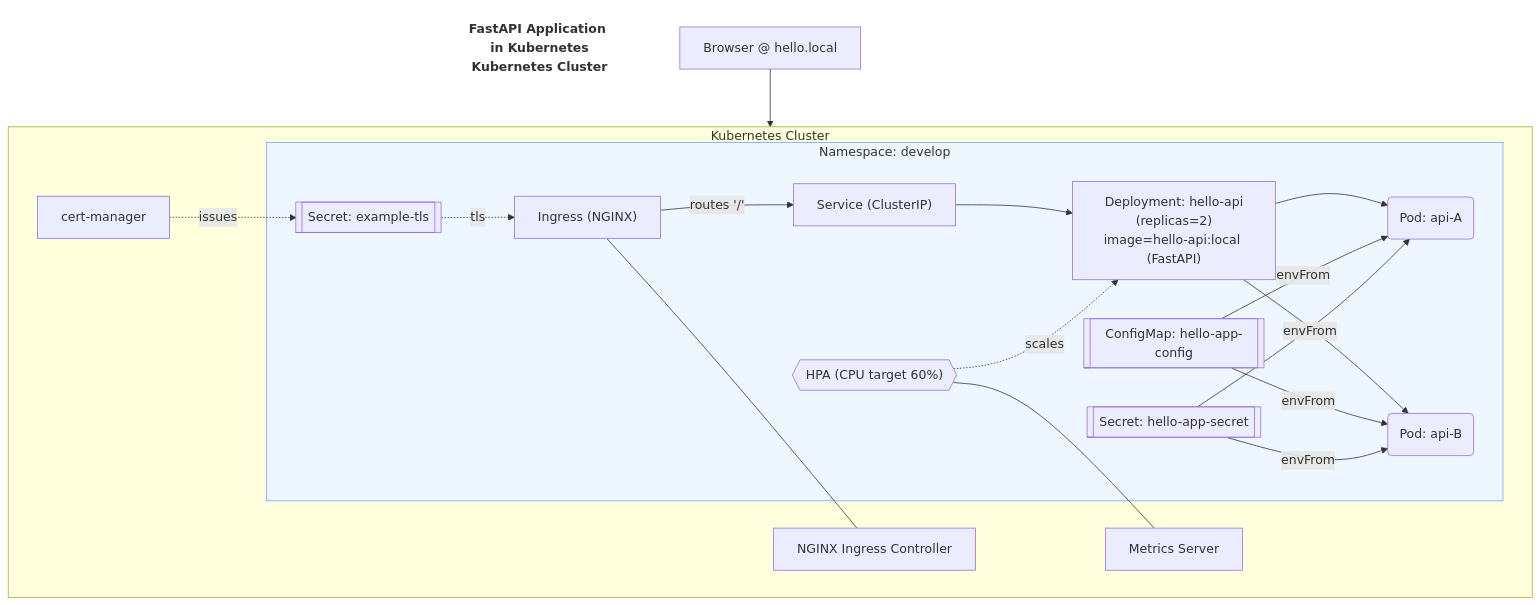
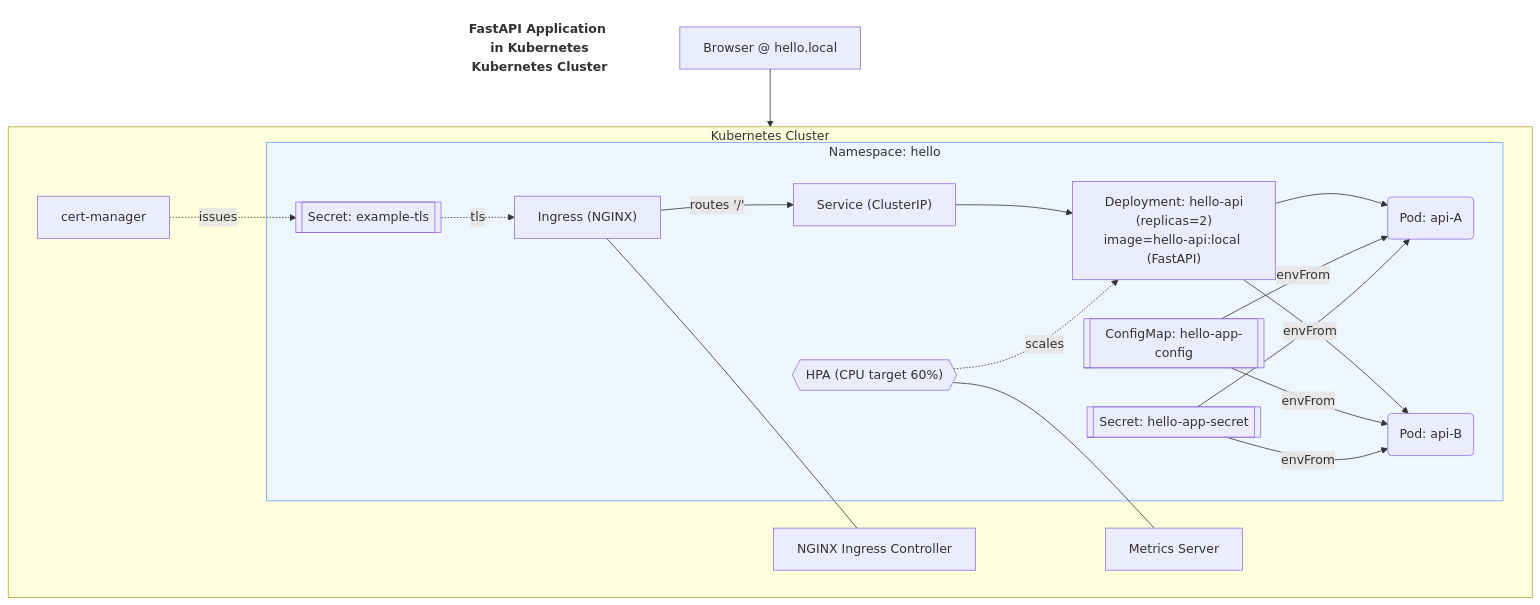
The diagram in docs/00-overview.md (grndlvl/k8s-hello-app), drawn with Mermaid before and after one commit. The commit also changed other lines of this file and 1 other file, not shown here.

````diff
--- a/docs/00-overview.md
+++ b/docs/00-overview.md
@@ -62,51 +62,49 @@
 ```mermaid
 flowchart TB
-  %% Title (no border, no edges)
   Title["FastAPI Application in Kubernetes<br/>Kubernetes Cluster"]
   classDef titleNode fill:none,stroke:none,color:#333,font-weight:bold;
   class Title titleNode
 
-  %% Main diagram below the title
   subgraph Cluster[Kubernetes Cluster]
     direction LR
 
-    subgraph NS[Namespace: develop]
+    subgraph NS[Namespace: hello]
       style NS fill:#eef6ff,stroke:#6ea8fe,stroke-width:1px
 
       Ingress["Ingress (NGINX)"];
       Svc["Service (ClusterIP)"];
       Deploy["Deployment: hello-api<br/>(replicas=2)<br/>image=hello-api:local (FastAPI)"];
       Pod1(Pod: api-A);
       Pod2(Pod: api-B);
 
       CM[[ConfigMap: hello-app-config]];
       Sec[[Secret: hello-app-secret]];
       HPA{{"HPA (CPU target 60%)"}};
       TLS[[Secret: example-tls]];
 
       Ingress -->|"routes '/'"| Svc;
       Svc --> Deploy;
 
       Deploy --> Pod1;
       Deploy --> Pod2;
 
       CM -->|envFrom| Pod1;
       CM -->|envFrom| Pod2;
       Sec -->|envFrom| Pod1;
       Sec -->|envFrom| Pod2;
 
       HPA -. scales .-> Deploy;
       TLS -. tls .-> Ingress;
     end
 
     NginxCtrl[NGINX Ingress Controller];
     Metrics[Metrics Server];
     CertMgr[cert-manager];
 
     Ingress --- NginxCtrl;
     HPA --- Metrics;
     CertMgr -. issues .-> TLS;
   end
 
   Client[Browser @ hello.local] --> Ingress;
 ```
````
